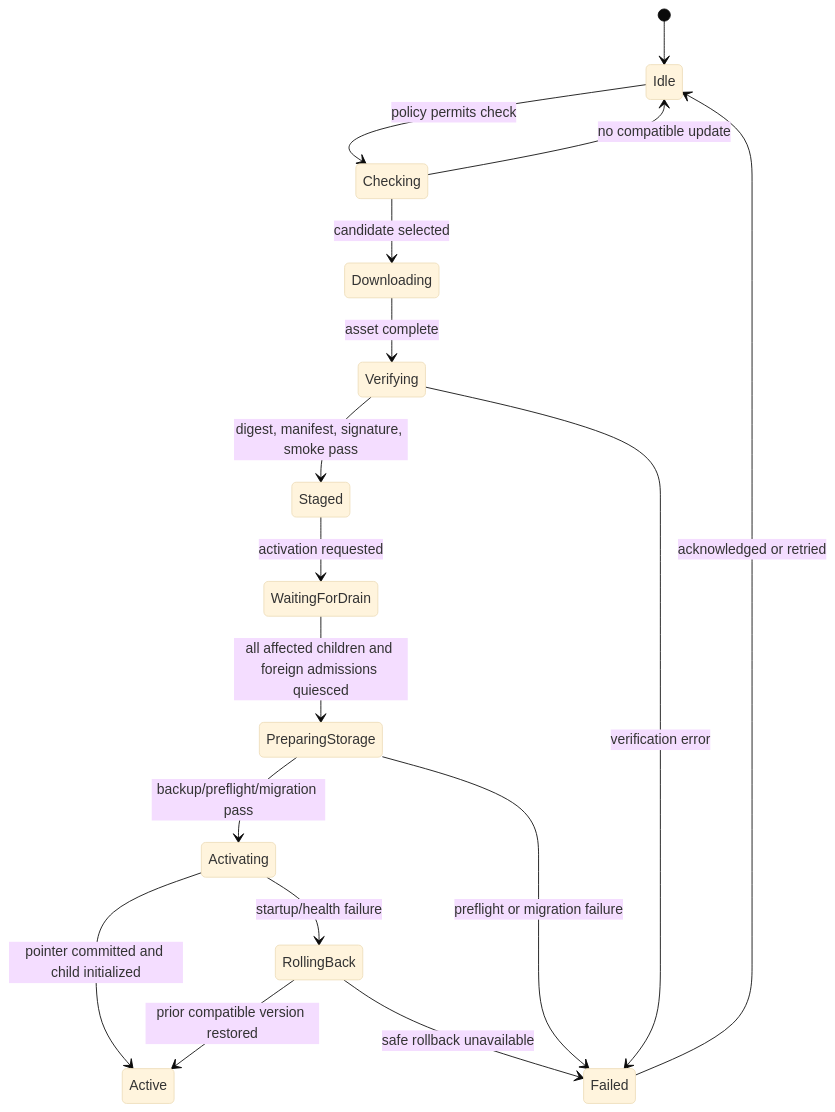
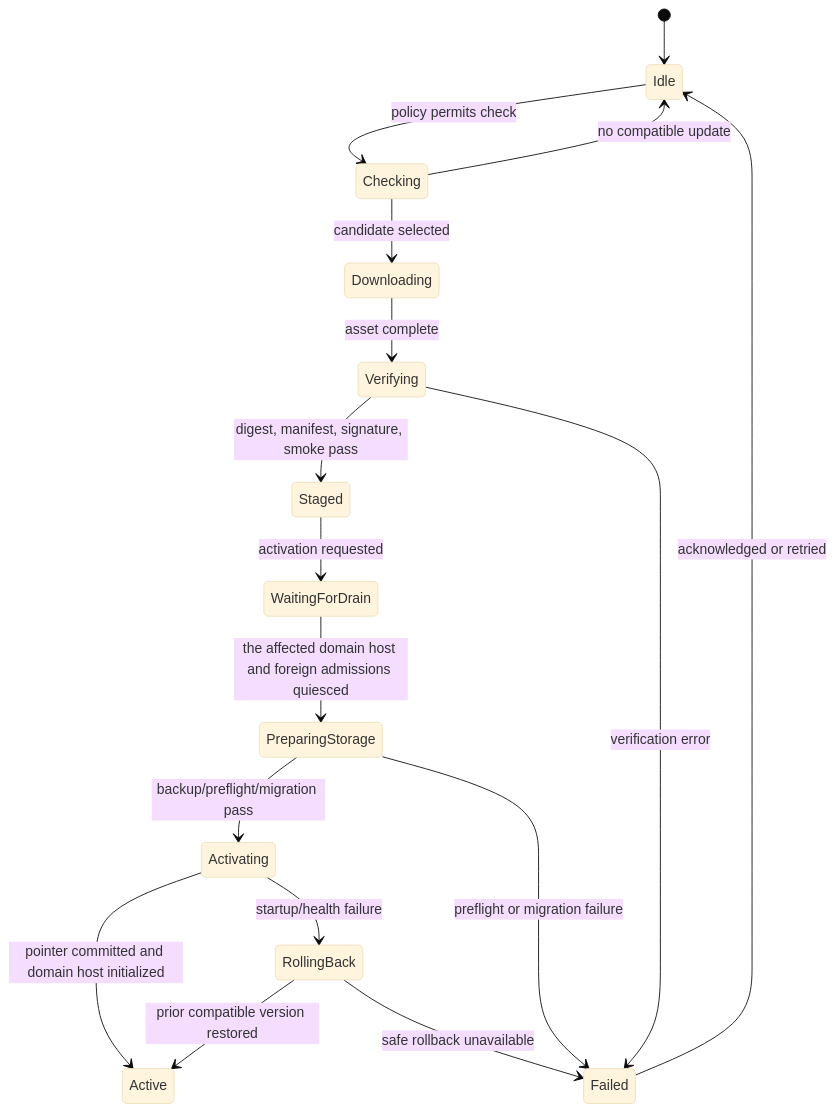
The diagram in spec/desktop/06-runtime-updates-and-release.md (Wh1isper/starweaver), drawn with Mermaid (base theme) before and after one commit. The commit also changed other lines of this file and 98 other files, not shown here.

First line of the commit message:
feat(desktop): add domain host prerequisites (#90)

````diff
--- a/spec/desktop/06-runtime-updates-and-release.md
+++ b/spec/desktop/06-runtime-updates-and-release.md
@@ -119,19 +119,19 @@
 ```mermaid
 stateDiagram-v2
     [*] --> Idle
     Idle --> Checking: policy permits check
     Checking --> Idle: no compatible update
     Checking --> Downloading: candidate selected
     Downloading --> Verifying: asset complete
     Verifying --> Staged: digest, manifest, signature, smoke pass
     Verifying --> Failed: verification error
     Staged --> WaitingForDrain: activation requested
-    WaitingForDrain --> PreparingStorage: all affected children and foreign admissions quiesced
+    WaitingForDrain --> PreparingStorage: the affected domain host and foreign admissions quiesced
     PreparingStorage --> Activating: backup/preflight/migration pass
     PreparingStorage --> Failed: preflight or migration failure
-    Activating --> Active: pointer committed and child initialized
+    Activating --> Active: pointer committed and domain host initialized
     Activating --> RollingBack: startup/health failure
     RollingBack --> Active: prior compatible version restored
     RollingBack --> Failed: safe rollback unavailable
     Failed --> Idle: acknowledged or retried
 ```
````
